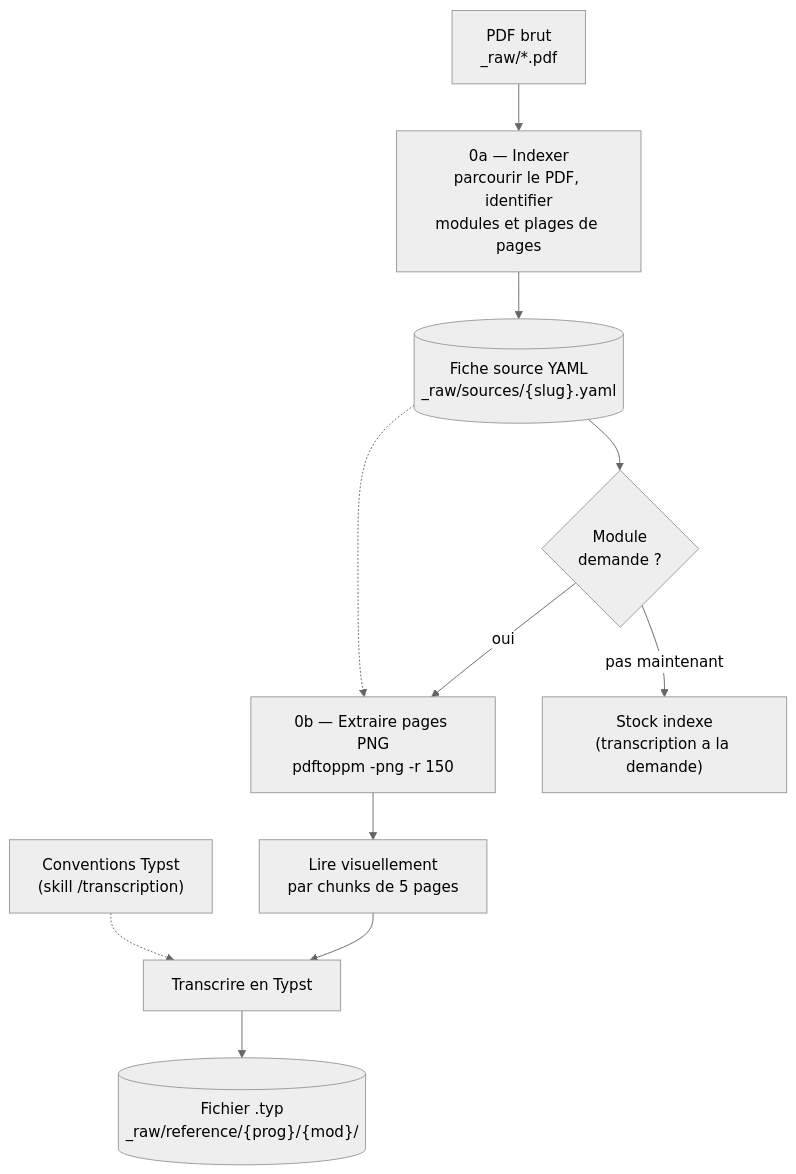
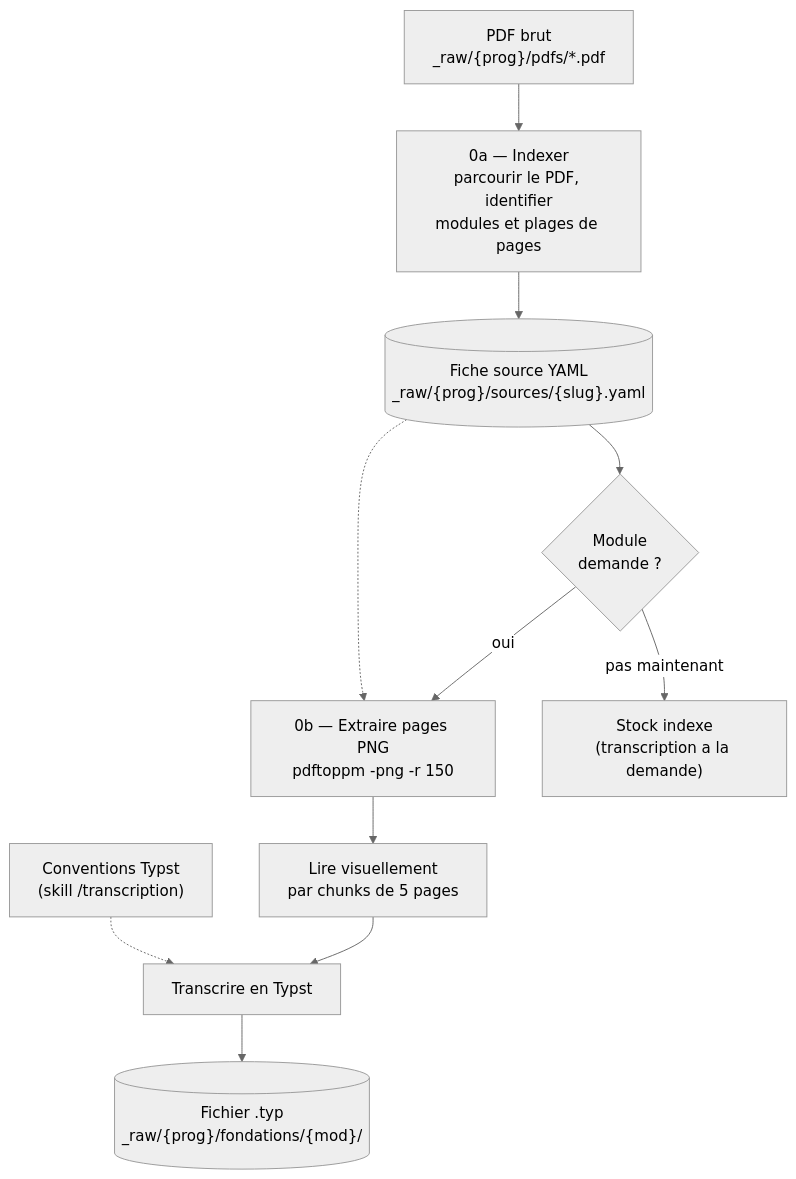
Before and after one commit to bilalYezzaGit/learning-web: the second of 8 diagrams in docs/content-agentic-workflow.md, drawn with Mermaid (neutral theme). The commit also changed other lines of this file and 49 other files, not shown here.

First line of the commit message:
Restructurer _raw/ : namespace programme + fondations/enrichissements

````diff
--- a/docs/content-agentic-workflow.md
+++ b/docs/content-agentic-workflow.md
@@ -119,13 +120,13 @@
 ```mermaid
 flowchart TD
-    PDF["PDF brut\n_raw/*.pdf"] --> Index["0a — Indexer\nparcourir le PDF, identifier\nmodules et plages de pages"]
-    Index --> Fiche[("Fiche source YAML\n_raw/sources/{slug}.yaml")]
+    PDF["PDF brut\n_raw/{prog}/pdfs/*.pdf"] --> Index["0a — Indexer\nparcourir le PDF, identifier\nmodules et plages de pages"]
+    Index --> Fiche[("Fiche source YAML\n_raw/{prog}/sources/{slug}.yaml")]
     Fiche --> Demande{"Module\ndemande ?"}
     Demande -->|"oui"| Extract["0b — Extraire pages PNG\npdftoppm -png -r 150"]
     Fiche -.-> Extract
     Extract --> Read["Lire visuellement\npar chunks de 5 pages"]
     Read --> Transcribe["Transcrire en Typst"]
     CONV["Conventions Typst\n(skill /transcription)"] -.-> Transcribe
-    Transcribe --> TYPST[("Fichier .typ\n_raw/reference/{prog}/{mod}/")]
+    Transcribe --> TYPST[("Fichier .typ\n_raw/{prog}/fondations/{mod}/")]
     Demande -->|"pas maintenant"| Stock["Stock indexe\n(transcription a la demande)"]
 ```
````
